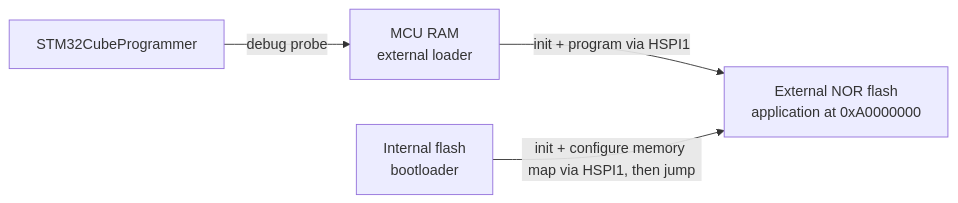
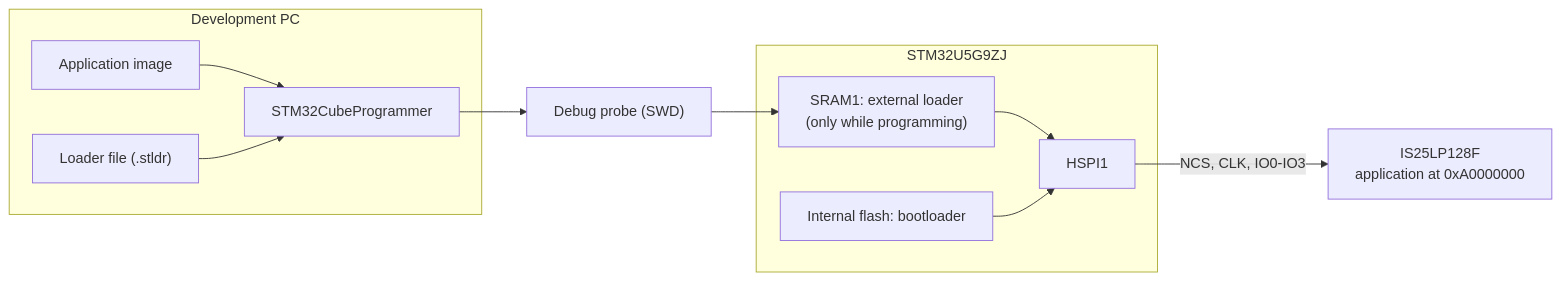
One commit to borayildiz/external_loader changed the diagram in README.md. Above: the diagram before and after it, drawn with Mermaid. The commit also changed other lines of this file, not shown here.

````diff
--- a/README.md
+++ b/README.md
@@ -26,6 +26,26 @@
 ```mermaid
 flowchart LR
-    CP["STM32CubeProgrammer"] -->|"debug probe"| L["MCU RAM<br/>external loader"]
-    L -->|"init + program via HSPI1"| F["External NOR flash<br/>application at 0xA0000000"]
-    B["Internal flash<br/>bootloader"] -->|"init + configure memory map via HSPI1, then jump"| F
+    subgraph PC["Development PC"]
+        IMG["Application image"]
+        STLDR["Loader file (.stldr)"]
+        CP["STM32CubeProgrammer"]
+        IMG --> CP
+        STLDR --> CP
+    end
+
+    PROBE["Debug probe (SWD)"]
+
+    subgraph MCU["STM32U5G9ZJ"]
+        RAM["SRAM1: external loader<br/>(only while programming)"]
+        IFLASH["Internal flash: bootloader"]
+        HSPI["HSPI1"]
+        RAM --> HSPI
+        IFLASH --> HSPI
+    end
+
+    XFLASH["IS25LP128F<br/>application at 0xA0000000"]
+
+    CP --> PROBE
+    PROBE --> RAM
+    HSPI -->|"NCS, CLK, IO0-IO3"| XFLASH
 ```
````
